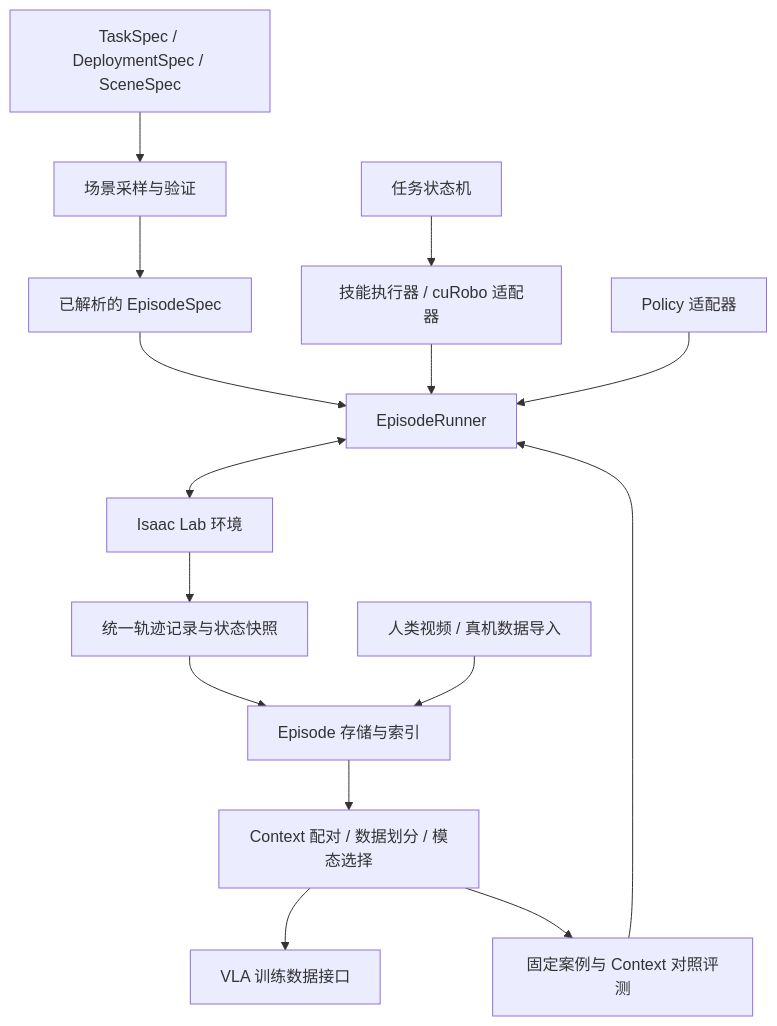
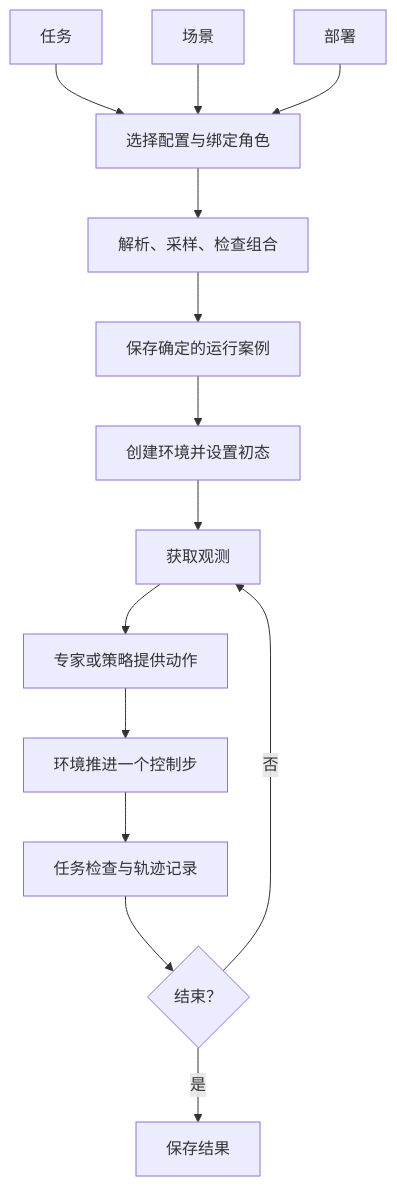
One commit to BotRunner64/LOOM-env changed the diagram in docs/architecture.md. Above: the diagram before and after it, drawn with Mermaid. The commit also changed other lines of this file and 6 other files, not shown here.

````diff
--- a/docs/architecture.md
+++ b/docs/architecture.md
@@ -55,17 +30,16 @@
 ```mermaid
 flowchart TD
-    Specs[TaskSpec / DeploymentSpec / SceneSpec] --> Sampler[场景采样与验证]
-    Sampler --> EpisodeSpec[已解析的 EpisodeSpec]
-    EpisodeSpec --> Runner[EpisodeRunner]
-    Expert[任务状态机] --> Executor[技能执行器 / cuRobo 适配器]
-    Executor --> Runner
-    Policy[Policy 适配器] --> Runner
-    Runner <--> Runtime[Isaac Lab 环境]
-    Runtime --> Recorder[统一轨迹记录与状态快照]
-    Recorder --> Store[Episode 存储与索引]
-    Imports[人类视频 / 真机数据导入] --> Store
-    Store --> Context[Context 配对 / 数据划分 / 模态选择]
-    Context --> Training[VLA 训练数据接口]
-    Context --> Eval[固定案例与 Context 对照评测]
-    Eval --> Runner
+   T[任务] --> C[选择配置与绑定角色]
+   S[场景] --> C
+   D[部署] --> C
+   C --> V[解析、采样、检查组合]
+   V --> E[保存确定的运行案例]
+   E --> W[创建环境并设置初态]
+   W --> O[获取观测]
+   O --> A[专家或策略提供动作]
+   A --> P[环境推进一个控制步]
+   P --> K[任务检查与轨迹记录]
+   K --> N{结束？}
+   N -->|否| O
+   N -->|是| F[保存结果]
 ```
````
